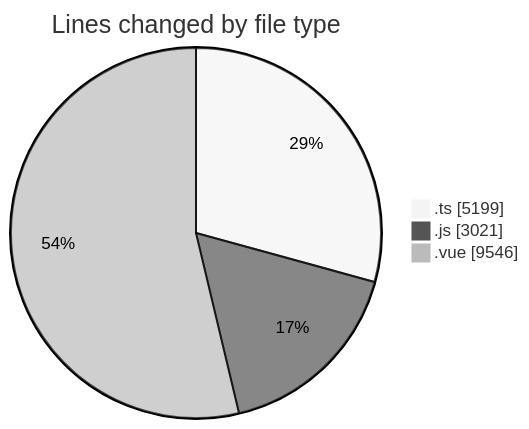
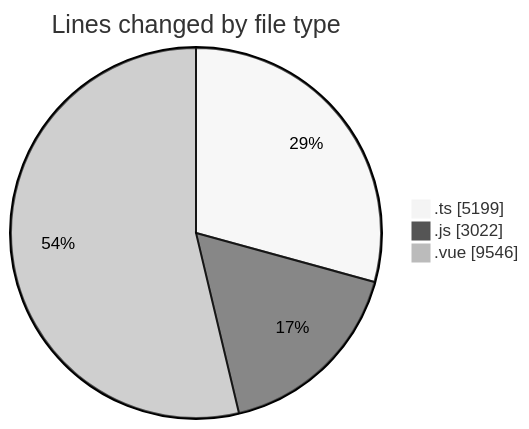
The first of 2 diagrams in 2025-08-16/rentotp/README.md (lephambinh05/code-tracking), drawn with Mermaid (neutral theme) before and after one commit. The commit also changed other lines of this file and 1 other file, not shown here.

````diff
--- a/2025-08-16/rentotp/README.md
+++ b/2025-08-16/rentotp/README.md
@@ -74,7 +75,7 @@
 ```mermaid
 pie showData
 title Lines changed by file type
 ".ts" : 5199
-".js" : 3021
+".js" : 3022
 ".vue" : 9546
 ```
````
